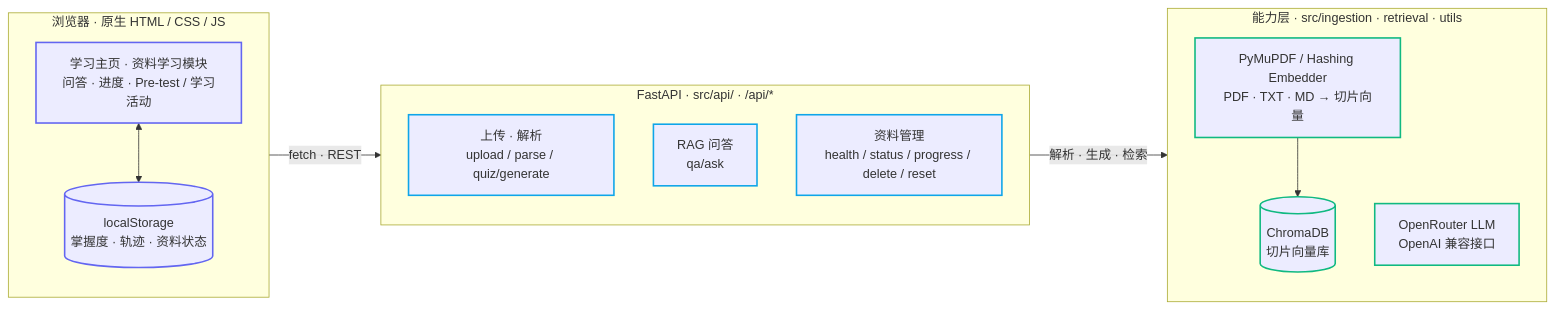
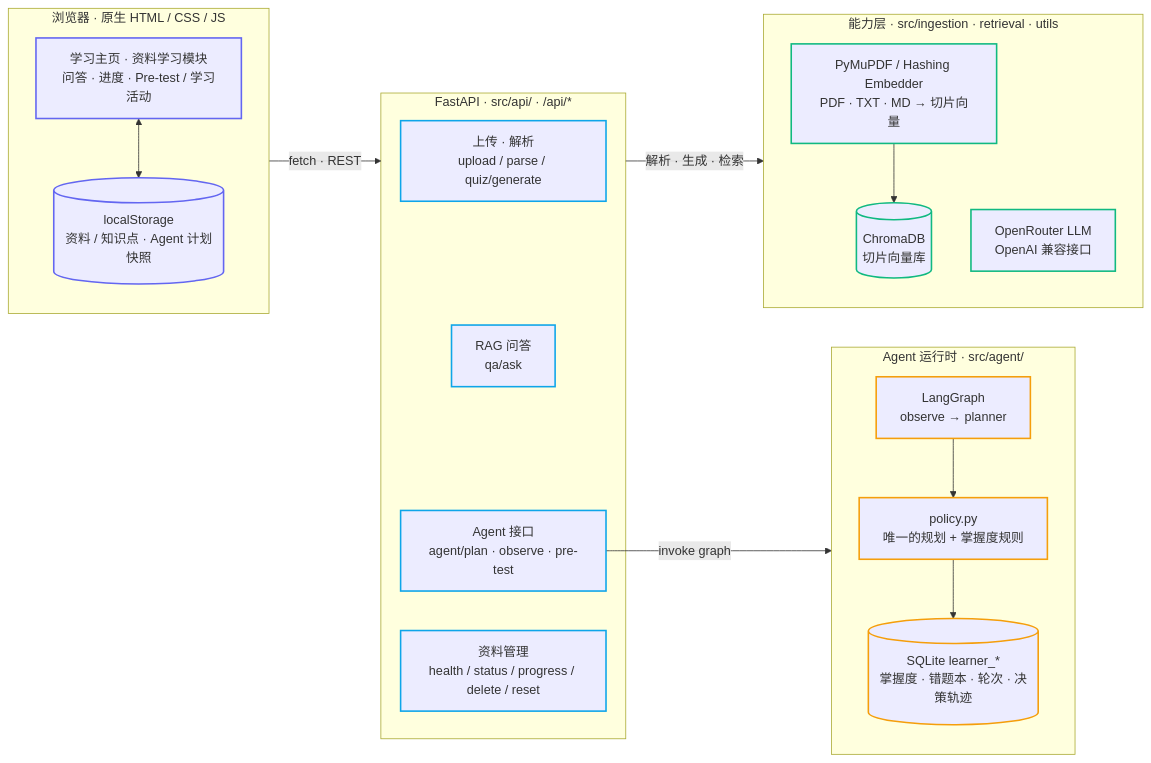
Before and after one commit to ZENGHongzhiJimmy/Adaptive-Study-Assistant-Agent_AI-Concepts-Project: the diagram in README.md, drawn with Mermaid. The commit also changed other lines of this file and 13 other files, not shown here.

````diff
--- a/README.md
+++ b/README.md
@@ -80,31 +81,42 @@
 ```mermaid
 flowchart LR
     subgraph FE["浏览器 · 原生 HTML / CSS / JS"]
         PAGES["学习主页 · 资料学习模块<br/>问答 · 进度 · Pre-test / 学习活动"]
-        STATE[("localStorage<br/>掌握度 · 轨迹 · 资料状态")]
+        STATE[("localStorage<br/>资料 / 知识点 · Agent 计划快照")]
         PAGES <--> STATE
+    end
+
+    subgraph AGENT["Agent 运行时 · src/agent/"]
+        GRAPH["LangGraph<br/>observe → planner"]
+        POLICY["policy.py<br/>唯一的规划 + 掌握度规则"]
+        LEARN[("SQLite learner_*<br/>掌握度 · 错题本 · 轮次 · 决策轨迹")]
+        GRAPH --> POLICY --> LEARN
     end
 
     subgraph API["FastAPI · src/api/ · /api/*"]
         UP["上传 · 解析<br/>upload / parse / quiz/generate"]
         QA["RAG 问答<br/>qa/ask"]
+        AG["Agent 接口<br/>agent/plan · observe · pre-test"]
         MG["资料管理<br/>health / status / progress / delete / reset"]
     end
 
     subgraph CAP["能力层 · src/ingestion · retrieval · utils"]
         DOC["PyMuPDF / Hashing Embedder<br/>PDF · TXT · MD → 切片向量"]
         VEC[("ChromaDB<br/>切片向量库")]
         LLM["OpenRouter LLM<br/>OpenAI 兼容接口"]
         DOC --> VEC
     end
 
     FE -->|"fetch · REST"| API
     API -->|"解析 · 生成 · 检索"| CAP
+    AG -->|"invoke graph"| AGENT
 
     classDef fe stroke:#6366f1,stroke-width:2px
     classDef api stroke:#0ea5e9,stroke-width:2px
     classDef cap stroke:#10b981,stroke-width:2px
+    classDef ag stroke:#f59e0b,stroke-width:2px
     class PAGES,STATE fe
-    class UP,QA,MG api
+    class UP,QA,AG,MG api
     class DOC,VEC,LLM cap
+    class GRAPH,POLICY,LEARN ag
 ```
````
